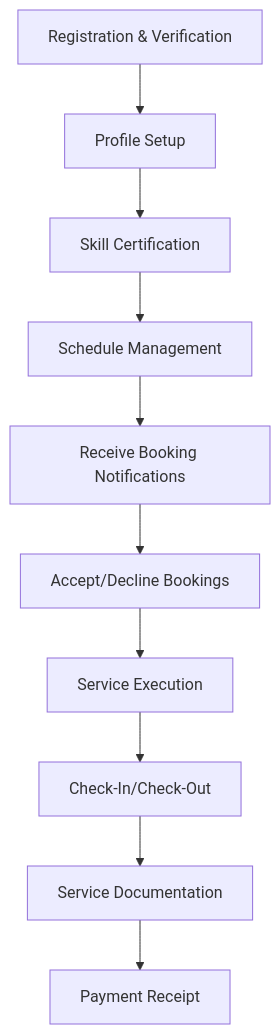
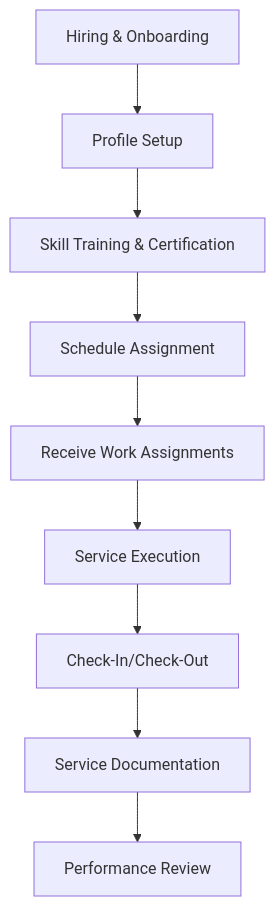
One commit to HomeCleaningServiceMobile/MobileHomeServiceApi changed the eighth of 12 diagrams in PROJECT_FLOWS.md. Above: the diagram before and after it, drawn with Mermaid. The commit also changed other lines of this file, not shown here.

````diff
--- a/PROJECT_FLOWS.md
+++ b/PROJECT_FLOWS.md
@@ -341,12 +341,11 @@
 ```mermaid
 graph TD
-    A[Registration & Verification] --> B[Profile Setup]
-    B --> C[Skill Certification]
-    C --> D[Schedule Management]
-    D --> E[Receive Booking Notifications]
-    E --> F[Accept/Decline Bookings]
-    F --> G[Service Execution]
-    G --> H[Check-In/Check-Out]
-    H --> I[Service Documentation]
-    I --> J[Payment Receipt]
+    A[Hiring & Onboarding] --> B[Profile Setup]
+    B --> C[Skill Training & Certification]
+    C --> D[Schedule Assignment]
+    D --> E[Receive Work Assignments]
+    E --> F[Service Execution]
+    F --> G[Check-In/Check-Out]
+    G --> H[Service Documentation]
+    H --> I[Performance Review]
 ```
````
